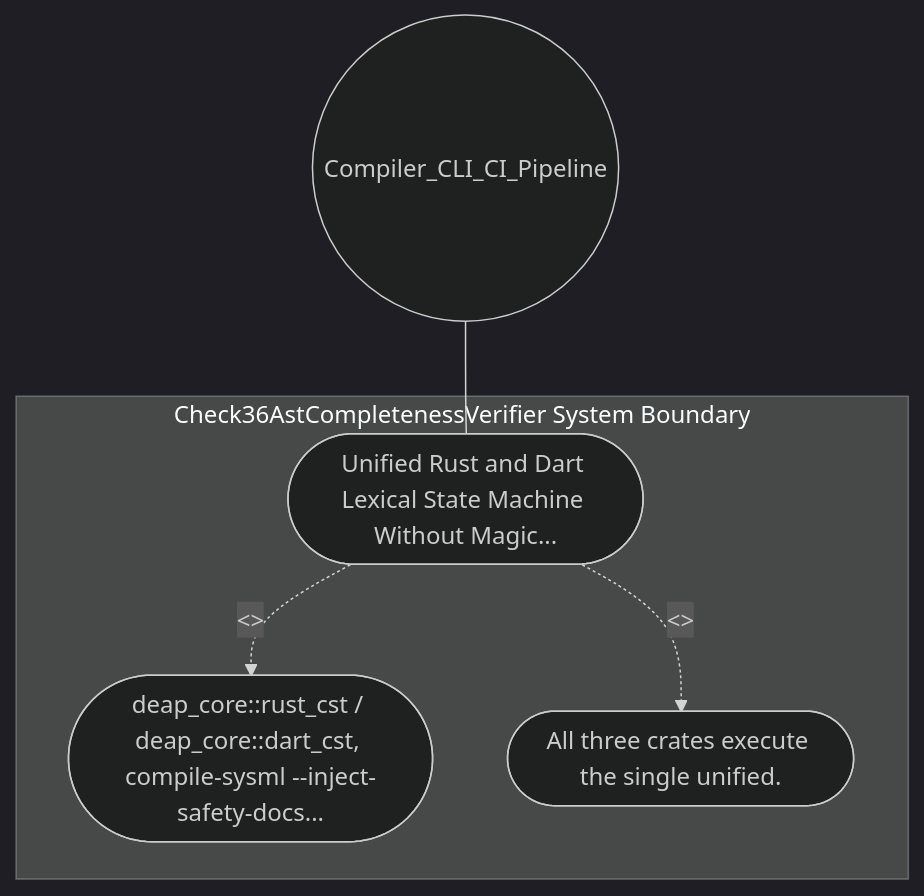
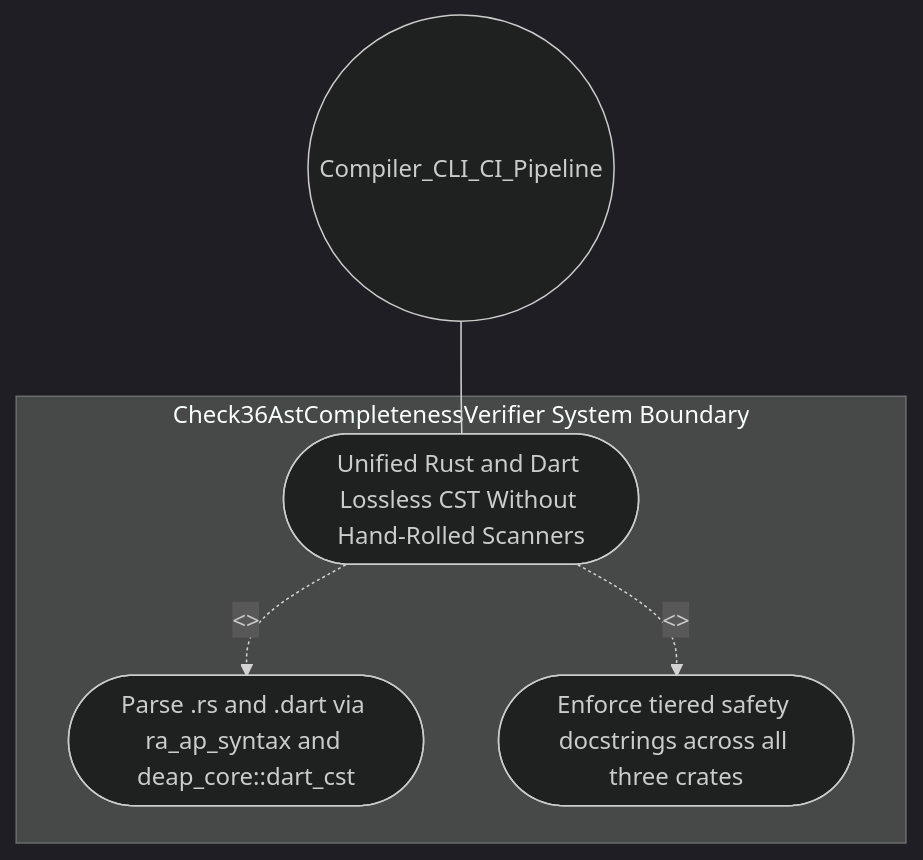
The diagram in .pipeline/upstream/docs/use-cases/UC-21-Unified_Rust_and_Dart_Lexical_State_Machine_Without_Magic_Offsets.md (gintatkinson/DEAP01-spec-core), drawn with Mermaid (dark theme) before and after one commit. The commit also changed other lines of this file and 225 other files, not shown here.

````diff
--- a/.pipeline/upstream/docs/use-cases/UC-21-Unified_Rust_and_Dart_Lexical_State_Machine_Without_Magic_Offsets.md
+++ b/.pipeline/upstream/docs/use-cases/UC-21-Unified_Rust_and_Dart_Lexical_State_Machine_Without_Magic_Offsets.md
@@ -16,11 +16,11 @@
 ```mermaid
 graph TD
     subgraph "Check36AstCompletenessVerifier System Boundary"
-        UC_Main(["Unified Rust and Dart Lexical State Machine Without Magic..."])
-        UC_Step01(["deap_core::rust_cst / deap_core::dart_cst, compile-sysml --inject-safety-docs..."])
-        UC_Step02(["All three crates execute the single unified."])
+        UC_Main(["Unified Rust and Dart Lossless CST Without Hand-Rolled Scanners"])
+        UC_Step01(["Parse .rs and .dart via ra_ap_syntax and deap_core::dart_cst"])
+        UC_Step02(["Enforce tiered safety docstrings across all three crates"])
     end
     Compiler_CLI_CI_Pipeline(("Compiler_CLI_CI_Pipeline")) --- UC_Main
     UC_Main -. "<<include>>" .-> UC_Step01
     UC_Main -. "<<include>>" .-> UC_Step02
 ```
````
